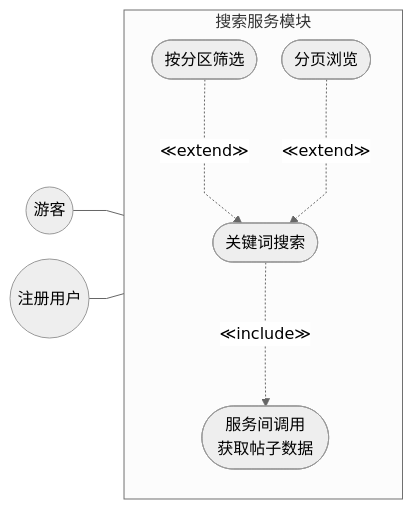
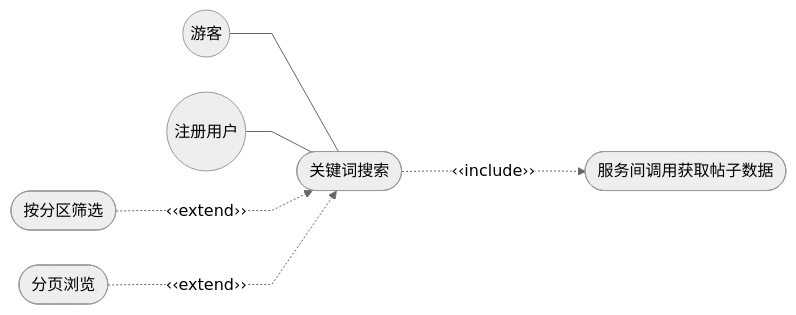
One commit to Wkjlovec/graduation_project_zhuang changed the diagram in docs/diagrams/fig3-6-search-usecase.mmd. Above: the diagram before and after it, drawn with Mermaid. The commit also changed 13 other files, not shown here.

Commit message:
docs: 修正用例图标签为‹‹include/extend››, 去除subgraph改为扁平布局使线条更直

```diff
--- a/docs/diagrams/fig3-6-search-usecase.mmd
+++ b/docs/diagrams/fig3-6-search-usecase.mmd
@@ -1,18 +1,7 @@
-%%{init: {'theme': 'neutral', 'flowchart': {'curve': 'linear', 'rankSpacing': 35, 'nodeSpacing': 25}}}%%
+%%{init: {'theme': 'neutral', 'flowchart': {'curve': 'linear', 'rankSpacing': 50, 'nodeSpacing': 35}}}%%
 graph LR
-    Guest((游客))
-    User((注册用户))
-
-    subgraph 搜索服务模块
-        direction TB
-        UC1([关键词搜索])
-        UC2([服务间调用\n获取帖子数据])
-        UC3([按分区筛选])
-        UC4([分页浏览])
-    end
-
-    Guest --- UC1
-    User --- UC1
-    UC1 -..->|"≪include≫"| UC2
-    UC3 -..->|"≪extend≫"| UC1
-    UC4 -..->|"≪extend≫"| UC1
+    Guest((游客)) --- UC1([关键词搜索])
+    User((注册用户)) --- UC1
+    UC1 -..->|"‹‹include››"| UC2([服务间调用获取帖子数据])
+    UC3([按分区筛选]) -..->|"‹‹extend››"| UC1
+    UC4([分页浏览]) -..->|"‹‹extend››"| UC1
```
